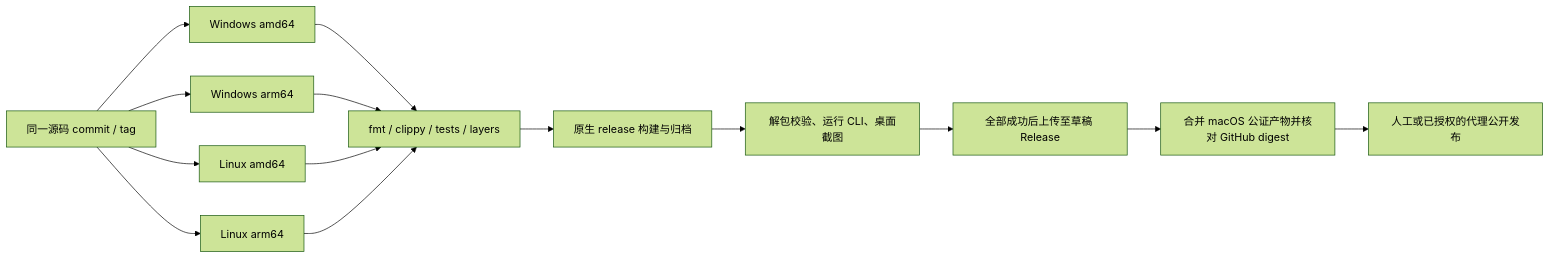
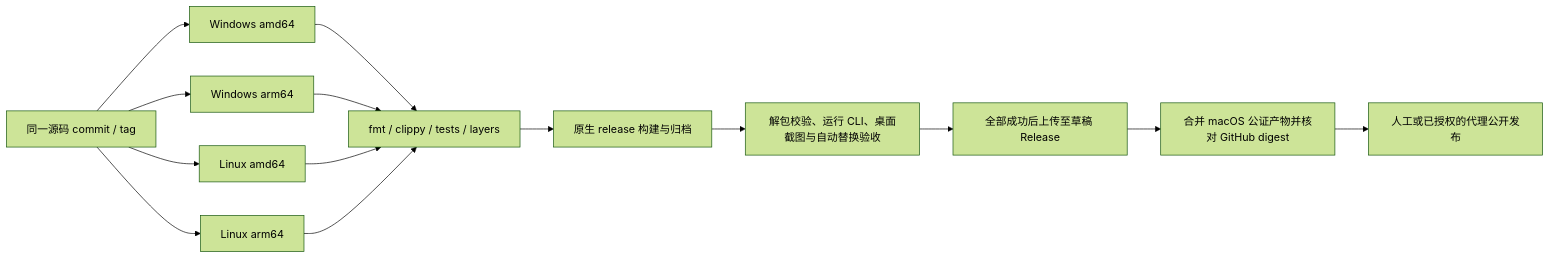
Before and after one commit to OpenFabrica/mailfabrica: the diagram in docs/portable-release.md, drawn with Mermaid (forest theme). The commit also changed other lines of this file, not shown here.

````diff
--- a/docs/portable-release.md
+++ b/docs/portable-release.md
@@ -29,13 +31,13 @@
 ```mermaid
 flowchart LR
     A[同一源码 commit / tag] --> W1[Windows amd64]
     A --> W2[Windows arm64]
     A --> L1[Linux amd64]
     A --> L2[Linux arm64]
     W1 & W2 & L1 & L2 --> B[fmt / clippy / tests / layers]
     B --> C[原生 release 构建与归档]
-    C --> D[解包校验、运行 CLI、桌面截图]
+    C --> D[解包校验、运行 CLI、桌面截图与自动替换验收]
     D --> E[全部成功后上传至草稿 Release]
     E --> F[合并 macOS 公证产物并核对 GitHub digest]
     F --> G[人工或已授权的代理公开发布]
 ```
````
